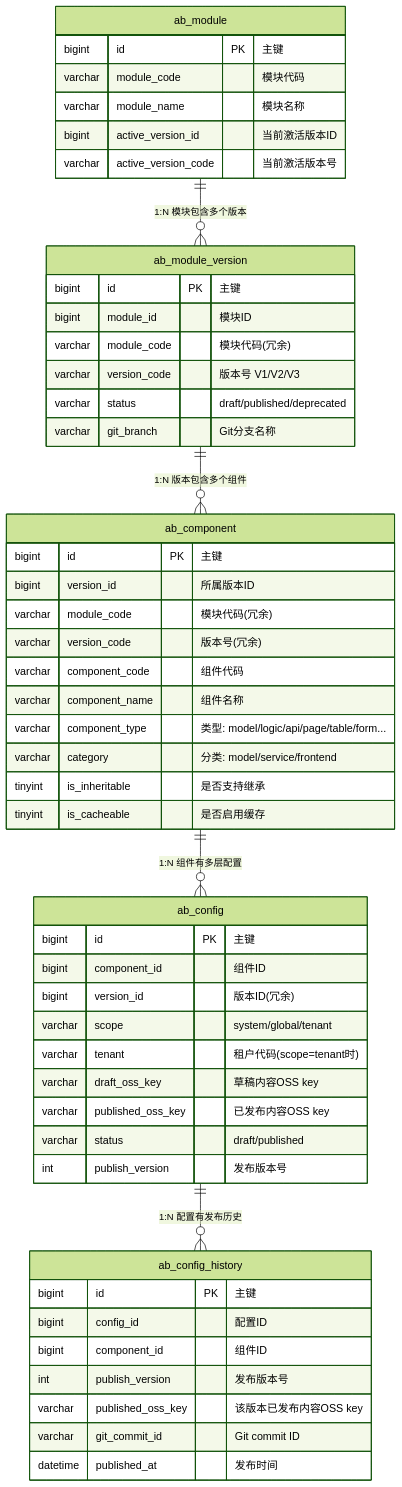
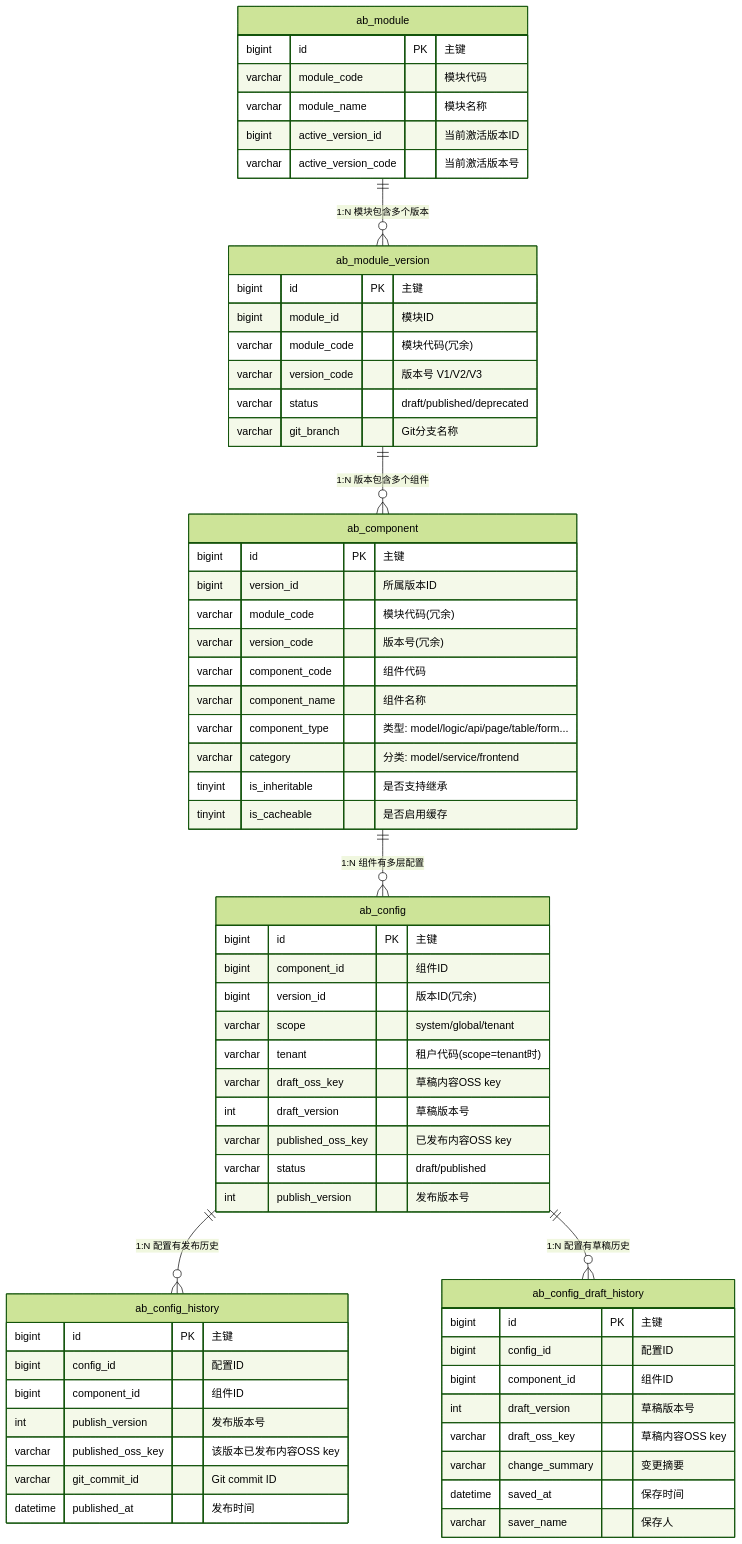
Before and after one commit to danielmlc/assembox-service: the diagram in docs/design/01-storage/overview.md, drawn with Mermaid (forest theme). The commit also changed other lines of this file and 5 other files, not shown here.

````diff
--- a/docs/design/01-storage/overview.md
+++ b/docs/design/01-storage/overview.md
@@ -560,59 +625,72 @@
 ```mermaid
 erDiagram
     ab_module ||--o{ ab_module_version : "1:N 模块包含多个版本"
     ab_module_version ||--o{ ab_component : "1:N 版本包含多个组件"
     ab_component ||--o{ ab_config : "1:N 组件有多层配置"
     ab_config ||--o{ ab_config_history : "1:N 配置有发布历史"
+    ab_config ||--o{ ab_config_draft_history : "1:N 配置有草稿历史"
 
     ab_module {
         bigint id PK "主键"
         varchar module_code "模块代码"
         varchar module_name "模块名称"
         bigint active_version_id "当前激活版本ID"
         varchar active_version_code "当前激活版本号"
     }
 
     ab_module_version {
         bigint id PK "主键"
         bigint module_id "模块ID"
         varchar module_code "模块代码(冗余)"
         varchar version_code "版本号 V1/V2/V3"
         varchar status "draft/published/deprecated"
         varchar git_branch "Git分支名称"
     }
 
     ab_component {
         bigint id PK "主键"
         bigint version_id "所属版本ID"
         varchar module_code "模块代码(冗余)"
         varchar version_code "版本号(冗余)"
         varchar component_code "组件代码"
         varchar component_name "组件名称"
         varchar component_type "类型: model/logic/api/page/table/form..."
         varchar category "分类: model/service/frontend"
         tinyint is_inheritable "是否支持继承"
         tinyint is_cacheable "是否启用缓存"
     }
 
     ab_config {
         bigint id PK "主键"
         bigint component_id "组件ID"
         bigint version_id "版本ID(冗余)"
         varchar scope "system/global/tenant"
         varchar tenant "租户代码(scope=tenant时)"
         varchar draft_oss_key "草稿内容OSS key"
+        int draft_version "草稿版本号"
         varchar published_oss_key "已发布内容OSS key"
         varchar status "draft/published"
         int publish_version "发布版本号"
     }
 
     ab_config_history {
         bigint id PK "主键"
         bigint config_id "配置ID"
         bigint component_id "组件ID"
         int publish_version "发布版本号"
         varchar published_oss_key "该版本已发布内容OSS key"
         varchar git_commit_id "Git commit ID"
         datetime published_at "发布时间"
     }
+
+    ab_config_draft_history {
+        bigint id PK "主键"
+        bigint config_id "配置ID"
+        bigint component_id "组件ID"
+        int draft_version "草稿版本号"
+        varchar draft_oss_key "草稿内容OSS key"
+        varchar change_summary "变更摘要"
+        datetime saved_at "保存时间"
+        varchar saver_name "保存人"
+    }
 ```
````
